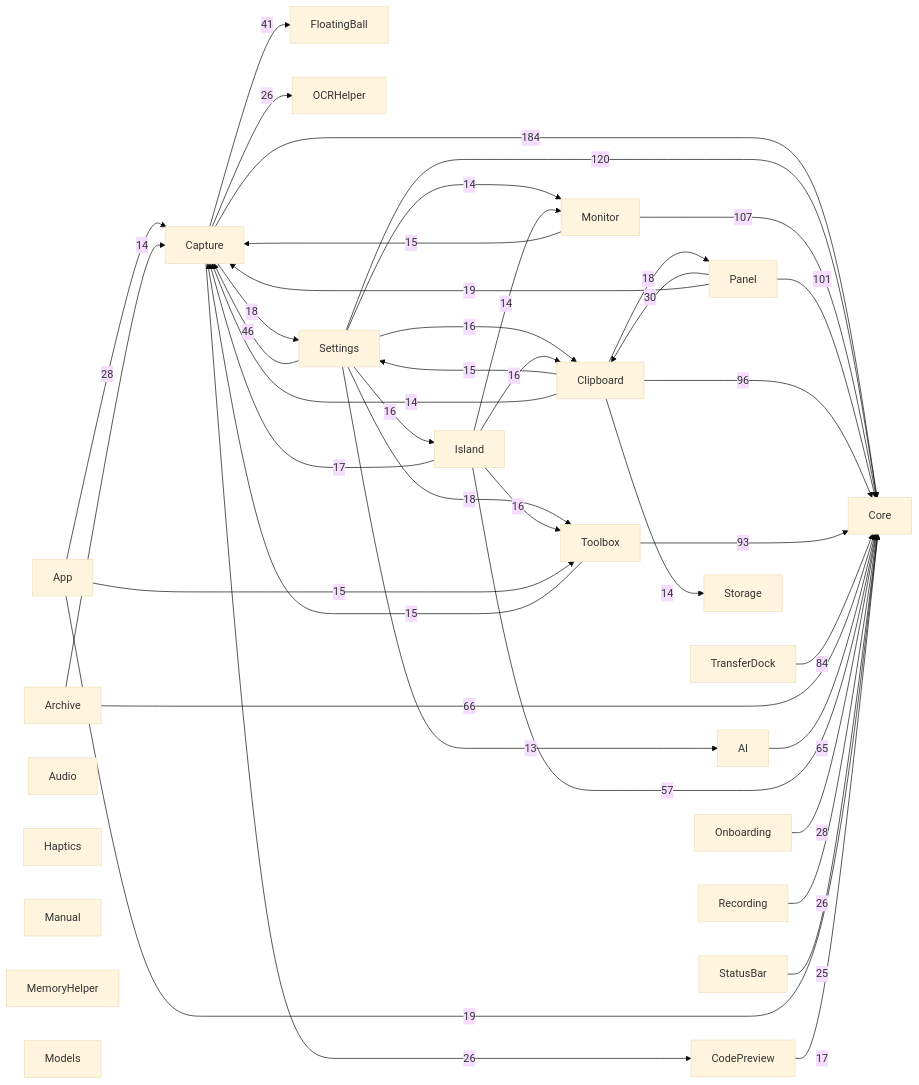
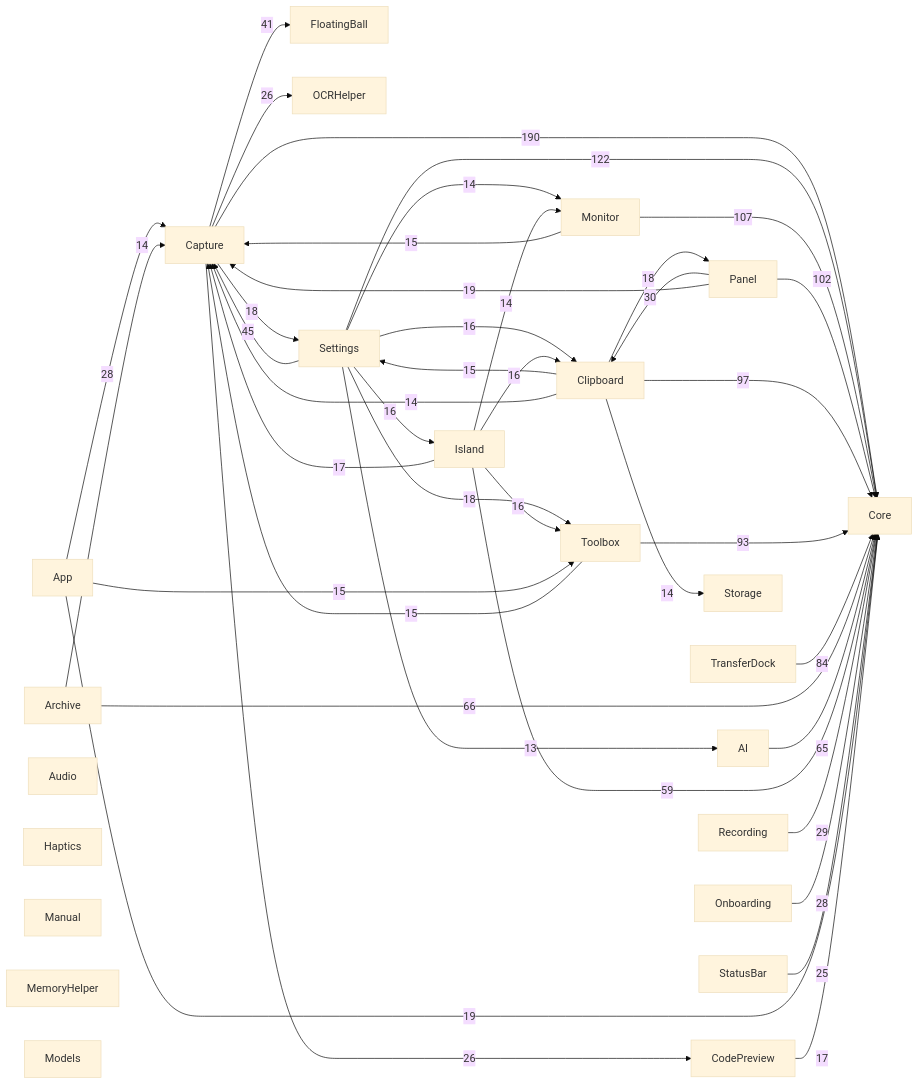
The diagram in docs/00-总览/模块依赖图.md (sxyq/Kitnest), drawn with Mermaid (base theme) before and after one commit. The commit also changed other lines of this file and 68 other files, not shown here.

````diff
--- a/docs/00-总览/模块依赖图.md
+++ b/docs/00-总览/模块依赖图.md
@@ -38,67 +38,67 @@
 ```mermaid
 flowchart LR
   M0["AI"]
   M1["App"]
   M2["Archive"]
   M3["Audio"]
   M4["Capture"]
   M5["Clipboard"]
   M6["CodePreview"]
   M7["Core"]
   M8["FloatingBall"]
   M9["Haptics"]
   M10["Island"]
   M11["Manual"]
   M12["MemoryHelper"]
   M13["Models"]
   M14["Monitor"]
   M15["OCRHelper"]
   M16["Onboarding"]
   M17["Panel"]
   M18["Recording"]
   M19["Settings"]
   M20["StatusBar"]
   M21["Storage"]
   M22["Toolbox"]
   M23["TransferDock"]
-  M4 -->|184| M7
-  M19 -->|120| M7
+  M4 -->|190| M7
+  M19 -->|122| M7
   M14 -->|107| M7
-  M17 -->|101| M7
-  M5 -->|96| M7
+  M17 -->|102| M7
+  M5 -->|97| M7
   M22 -->|93| M7
   M23 -->|84| M7
   M2 -->|66| M7
   M0 -->|65| M7
-  M10 -->|57| M7
-  M19 -->|46| M4
+  M10 -->|59| M7
+  M19 -->|45| M4
   M4 -->|41| M8
   M17 -->|30| M5
+  M18 -->|29| M7
   M1 -->|28| M4
   M16 -->|28| M7
   M4 -->|26| M15
   M4 -->|26| M6
-  M18 -->|26| M7
   M20 -->|25| M7
   M1 -->|19| M7
   M17 -->|19| M4
   M19 -->|18| M22
   M4 -->|18| M19
   M5 -->|18| M17
   M6 -->|17| M7
   M10 -->|17| M4
   M19 -->|16| M5
   M19 -->|16| M10
   M10 -->|16| M22
   M10 -->|16| M5
   M1 -->|15| M22
   M14 -->|15| M4
   M22 -->|15| M4
   M5 -->|15| M19
   M19 -->|14| M14
   M2 -->|14| M4
   M10 -->|14| M14
   M5 -->|14| M4
   M5 -->|14| M21
   M19 -->|13| M0
 ```
````
